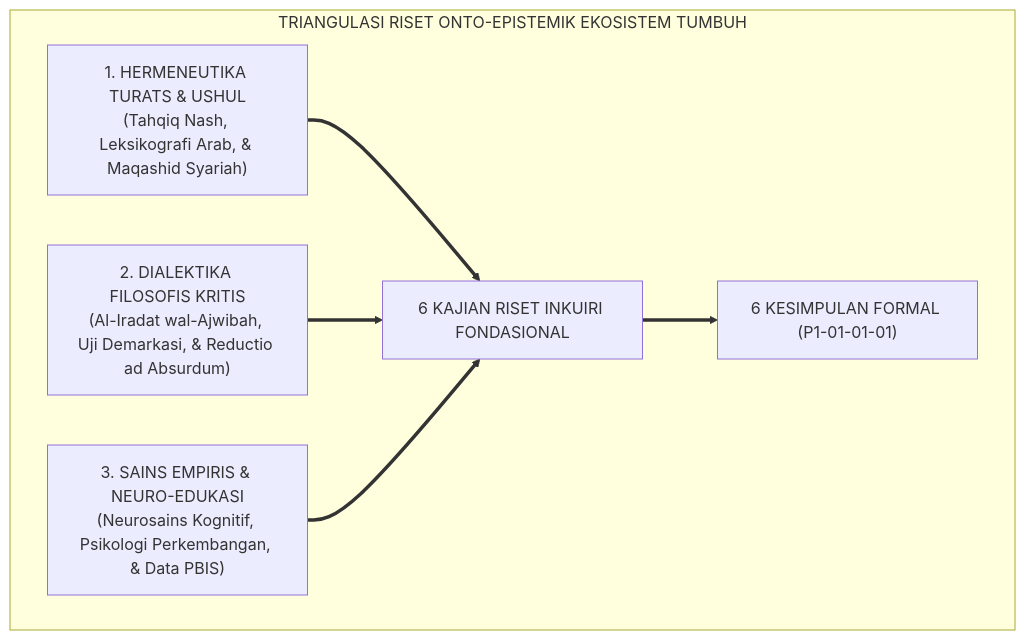
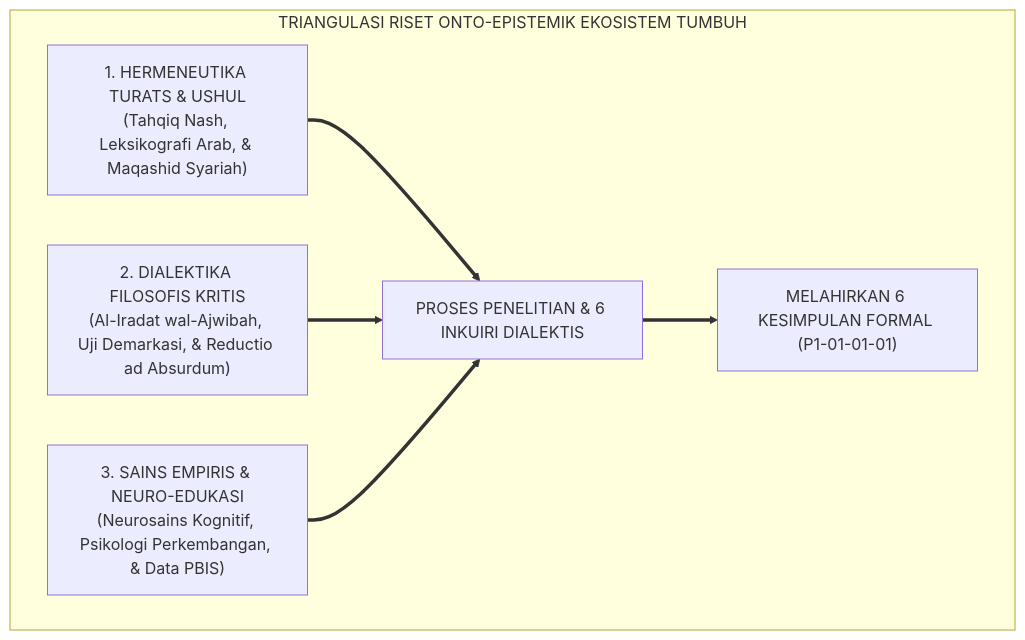
Before and after one commit to wandiapriliyandi/tumbuh: the first of 7 diagrams in 01 Philosophy/01 Worldview/P1-01-01-01-Kajian-Dialektika-Inkuiri-dan-Tanya-Jawab-Realitas.md, drawn with Mermaid. The commit also changed other lines of this file and 1 other file, not shown here.

Commit message:
docs(philosophy): reorient narrative flow so research monograph is the primary source that deduces and produces the 6 formal conclusions

````diff
--- a/01 Philosophy/01 Worldview/P1-01-01-01-Kajian-Dialektika-Inkuiri-dan-Tanya-Jawab-Realitas.md
+++ b/01 Philosophy/01 Worldview/P1-01-01-01-Kajian-Dialektika-Inkuiri-dan-Tanya-Jawab-Realitas.md
@@ -43,11 +45,11 @@
 ```mermaid
 flowchart TD
     subgraph MetodologiRiset["TRIANGULASI RISET ONTO-EPISTEMIK EKOSISTEM TUMBUH"]
         M1["1. HERMENEUTIKA TURATS & USHUL<br/>(Tahqiq Nash, Leksikografi Arab, & Maqashid Syariah)"]
         M2["2. DIALEKTIKA FILOSOFIS KRITIS<br/>(Al-Iradat wal-Ajwibah, Uji Demarkasi, & Reductio ad Absurdum)"]
         M3["3. SAINS EMPIRIS & NEURO-EDUKASI<br/>(Neurosains Kognitif, Psikologi Perkembangan, & Data PBIS)"]
         
-        M1 & M2 & M3 ==> RisetInduk["6 KAJIAN RISET INKUIRI FONDASIONAL"]
-        RisetInduk ==> Output["6 KESIMPULAN FORMAL (P1-01-01-01)"]
+        M1 & M2 & M3 ==> RisetInduk["PROSES PENELITIAN & 6 INKUIRI DIALEKTIS"]
+        RisetInduk ==> Output["MELAHIRKAN 6 KESIMPULAN FORMAL (P1-01-01-01)"]
     end
 ```
````
